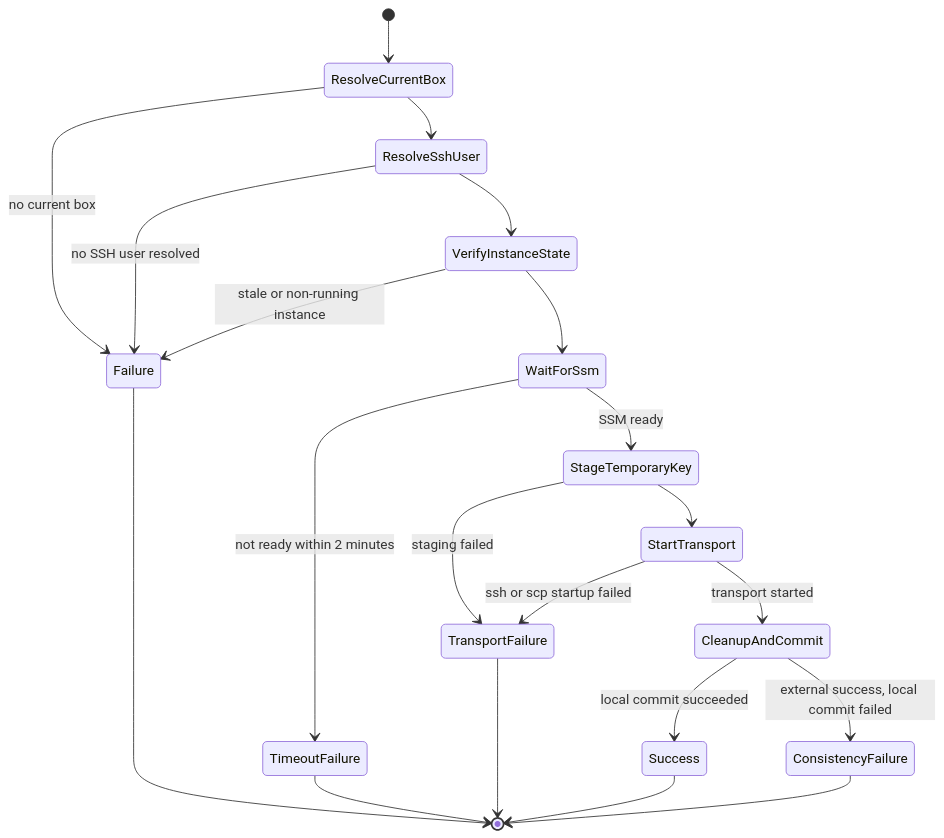
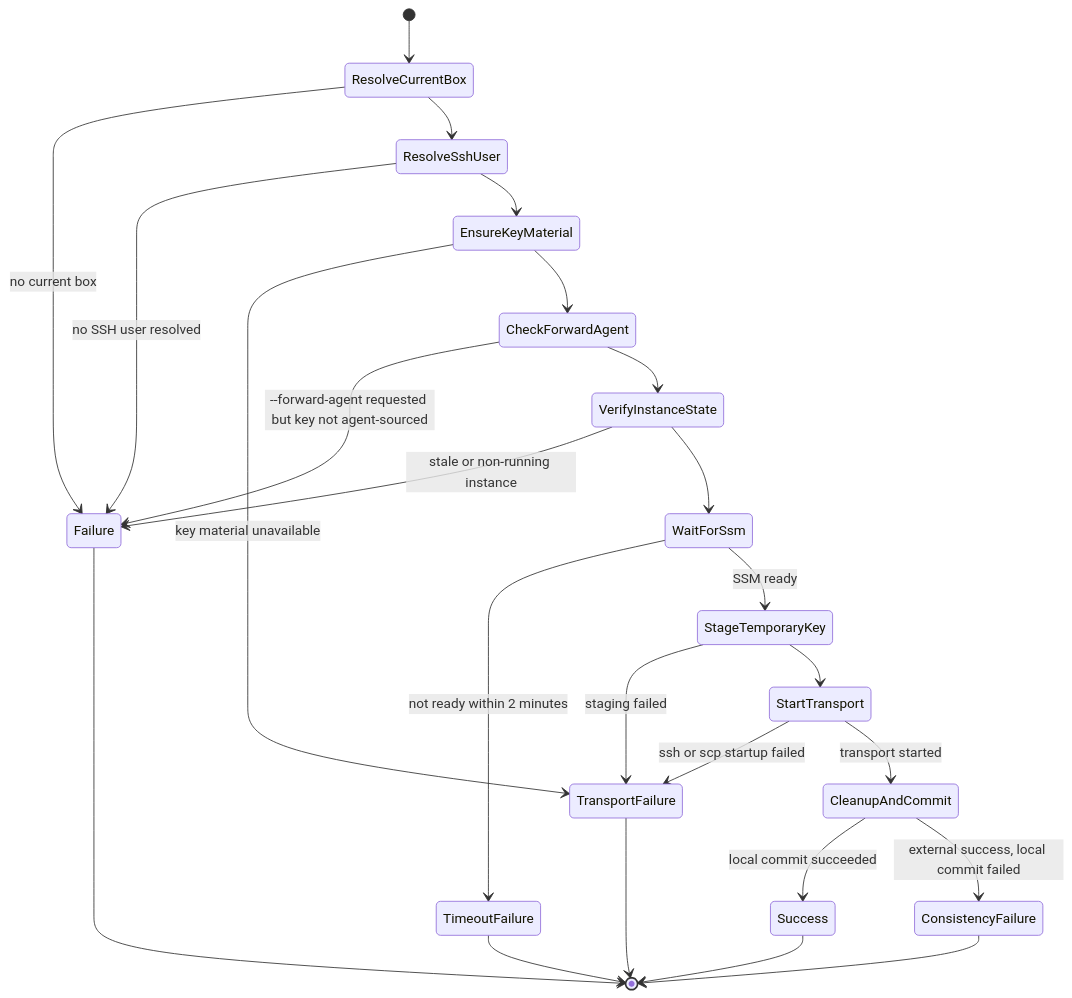
One commit to ohpauleez/devbox changed the tenth of 18 diagrams in docs/design.md. Above: the diagram before and after it, drawn with Mermaid. The commit also changed other lines of this file and 3 other files, not shown here.

````diff
--- a/docs/design.md
+++ b/docs/design.md
@@ -833,23 +833,27 @@
 ```mermaid
 stateDiagram-v2
     [*] --> ResolveCurrentBox
     ResolveCurrentBox --> Failure: no current box
     ResolveCurrentBox --> ResolveSshUser
     ResolveSshUser --> Failure: no SSH user resolved
-    ResolveSshUser --> VerifyInstanceState
+    ResolveSshUser --> EnsureKeyMaterial
+    EnsureKeyMaterial --> TransportFailure: key material unavailable
+    EnsureKeyMaterial --> CheckForwardAgent
+    CheckForwardAgent --> Failure: --forward-agent requested but key not agent-sourced
+    CheckForwardAgent --> VerifyInstanceState
     VerifyInstanceState --> Failure: stale or non-running instance
     VerifyInstanceState --> WaitForSsm
     WaitForSsm --> TimeoutFailure: not ready within 2 minutes
     WaitForSsm --> StageTemporaryKey: SSM ready
     StageTemporaryKey --> TransportFailure: staging failed
     StageTemporaryKey --> StartTransport
     StartTransport --> TransportFailure: ssh or scp startup failed
     StartTransport --> CleanupAndCommit: transport started
     CleanupAndCommit --> Success: local commit succeeded
     CleanupAndCommit --> ConsistencyFailure: external success, local commit failed
     Success --> [*]
     Failure --> [*]
     TimeoutFailure --> [*]
     TransportFailure --> [*]
     ConsistencyFailure --> [*]
 ```
````
